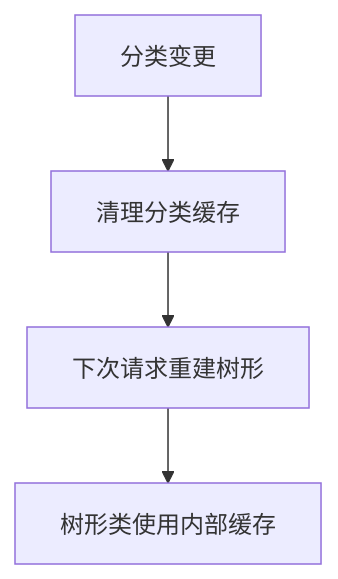
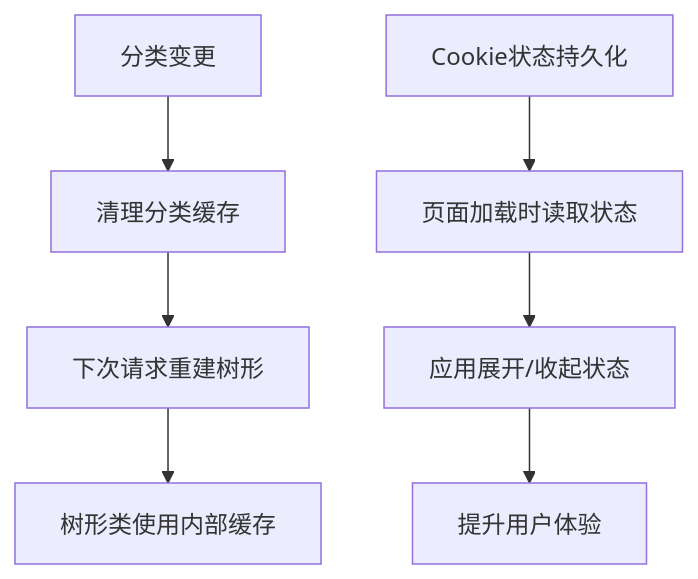
One commit to lirongyaoper/lryblog.com changed the ninth of 11 diagrams in .qoder/repowiki/zh/content/后台管理模块/分类管理/分类管理.md. Above: the diagram before and after it, drawn with Mermaid. The commit also changed other lines of this file and 8 other files, not shown here.

````diff
--- a/.qoder/repowiki/zh/content/后台管理模块/分类管理/分类管理.md
+++ b/.qoder/repowiki/zh/content/后台管理模块/分类管理/分类管理.md
@@ -319,6 +333,9 @@
 ```mermaid
 flowchart TD
 Change["分类变更"] --> ClearCache["清理分类缓存"]
 ClearCache --> Rebuild["下次请求重建树形"]
 Rebuild --> UseCache["树形类使用内部缓存"]
+Cookie["Cookie状态持久化"] --> LoadState["页面加载时读取状态"]
+LoadState --> ApplyState["应用展开/收起状态"]
+ApplyState --> UserExperience["提升用户体验"]
 ```
````
